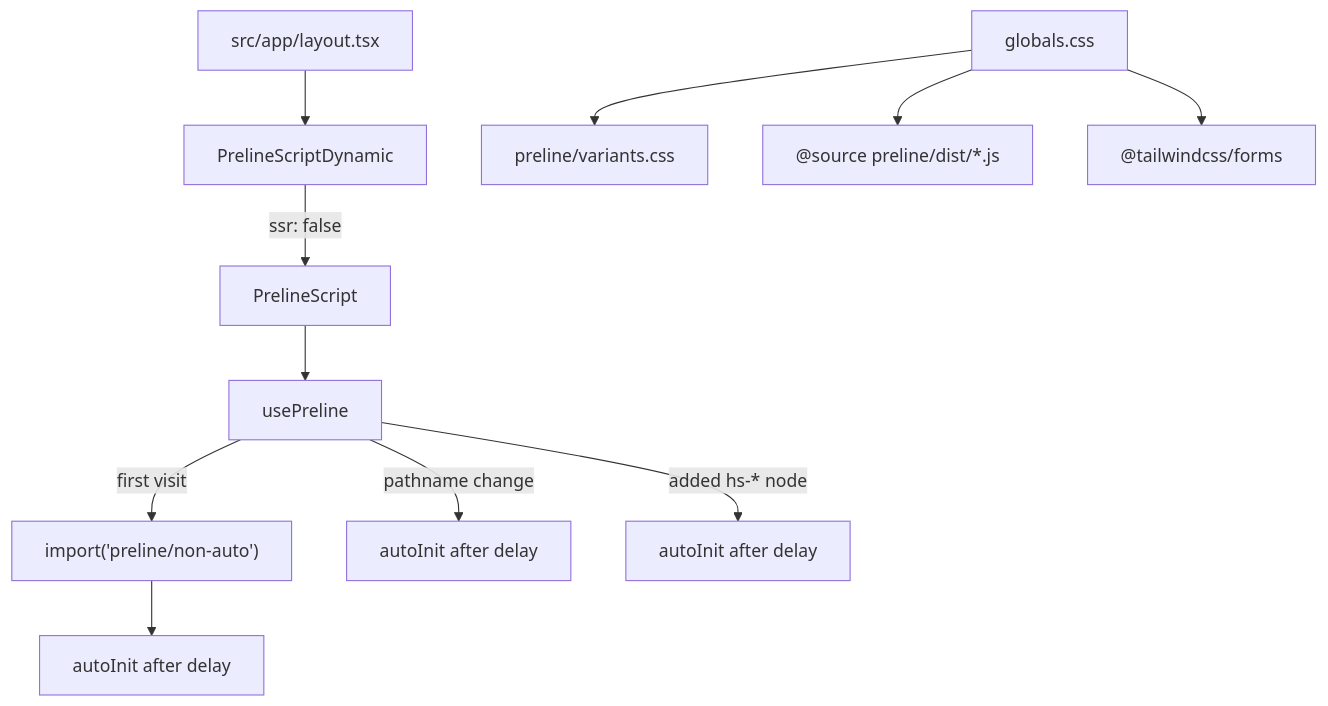
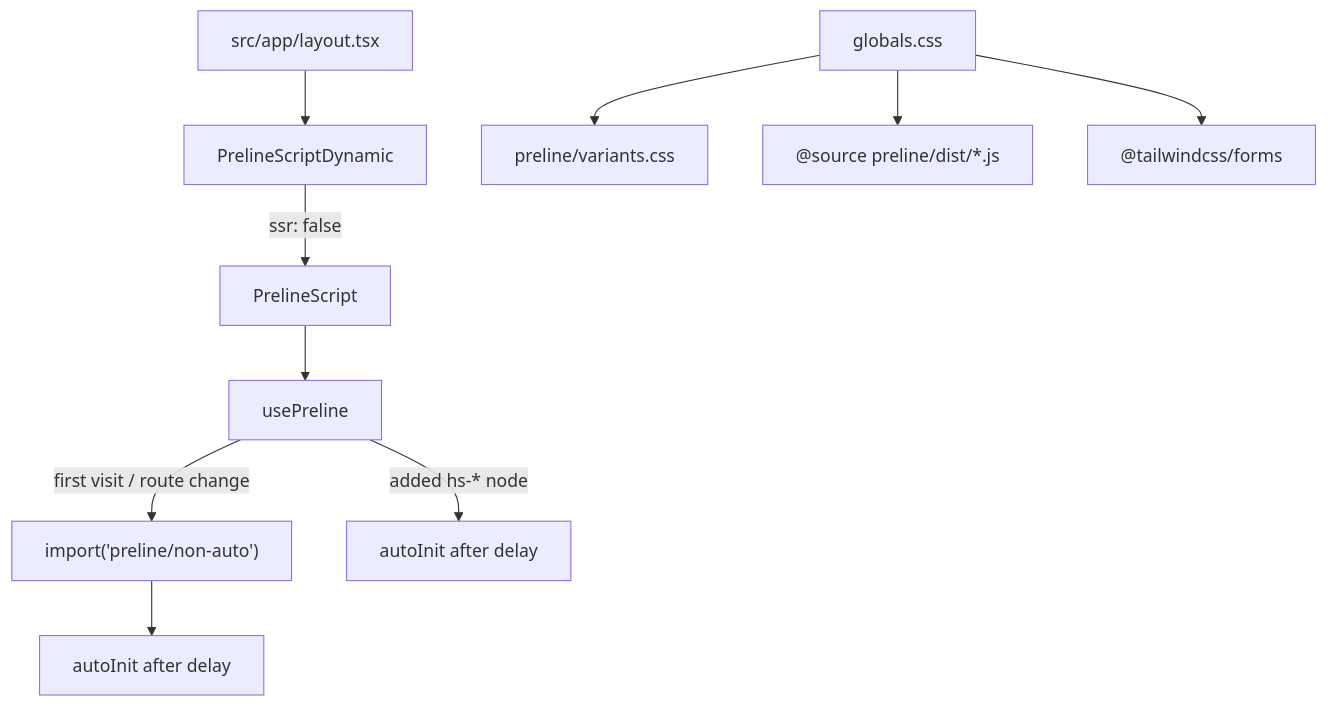
One commit to brandon-cercedo/root-next-template changed the diagram in docs/preline-ui.md. Above: the diagram before and after it, drawn with Mermaid. The commit also changed other lines of this file and 7 other files, not shown here.

````diff
--- a/docs/preline-ui.md
+++ b/docs/preline-ui.md
@@ -36,13 +36,12 @@
 ```mermaid
 flowchart TD
   Layout["src/app/layout.tsx"] --> Script["PrelineScriptDynamic"]
   Script -->|ssr: false| PrelineScript["PrelineScript"]
   PrelineScript --> Hook["usePreline"]
-  Hook -->|first visit| Import["import('preline/non-auto')"]
-  Import --> FirstInit["autoInit after delay"]
-  Hook -->|pathname change| PathInit["autoInit after delay"]
+  Hook -->|first visit / route change| Import["import('preline/non-auto')"]
+  Import --> PathInit["autoInit after delay"]
   Hook -->|added hs-* node| Observer["autoInit after delay"]
   CSS["globals.css"] --> Variants["preline/variants.css"]
   CSS --> Source["@source preline/dist/*.js"]
   CSS --> Forms["@tailwindcss/forms"]
 ```
````
